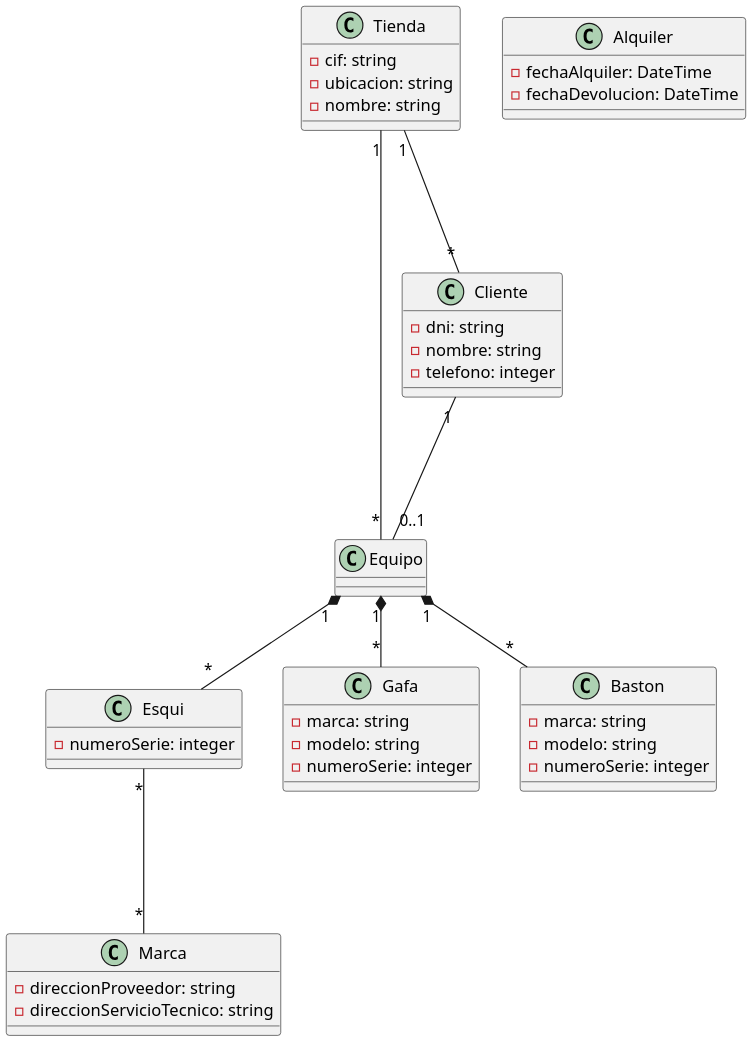
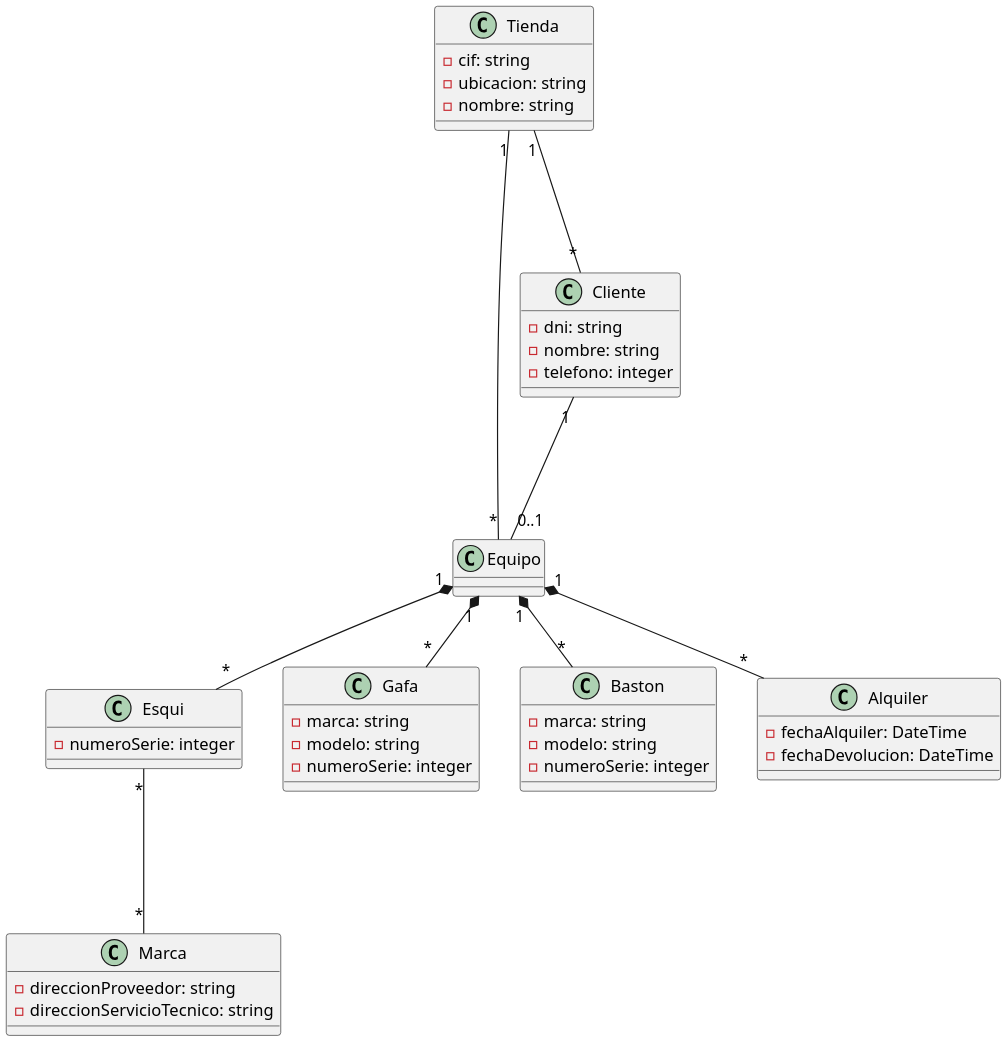
Before and after one commit to PacoGarcia79/Francisco-Garc-a-actividades1-UT4: the diagram in Ejercicio 3/ejercicio3.puml, drawn with PlantUML.

Commit message:
Cambio en ej3 - Entidad Alquiler

```diff
--- a/Ejercicio 3/ejercicio3.puml
+++ b/Ejercicio 3/ejercicio3.puml
@@ -1,54 +1,54 @@
 @startuml
 scale 2
 class Tienda {
     -cif: string
     -ubicacion: string
     -nombre: string    
 }
 
 class Equipo {
     
 }
 
 class Esqui {    
     -numeroSerie: integer 
 }
 
 class Marca {    
     -direccionProveedor: string
     -direccionServicioTecnico: string
 }
 
 class Gafa {
     -marca: string
     -modelo: string
     -numeroSerie: integer 
 }
 
 class Baston {
     -marca: string
     -modelo: string
     -numeroSerie: integer 
 }
 
 class Cliente {
     -dni: string    
     -nombre: string  
     -telefono: integer
 }
 
 class Alquiler {
     -fechaAlquiler: DateTime
     -fechaDevolucion: DateTime
 
 }
 
 Tienda "1" --- "*" Cliente
 Tienda "1" --- "*" Equipo
 Equipo "1" *-- "*" Esqui
 Equipo "1" *-- "*" Gafa
 Equipo "1" *-- "*" Baston
-
+Equipo "1" *-- "*" Alquiler
 Cliente "1" --- "0..1" Equipo
 Esqui "*" --- "*" Marca
 @enduml
```
